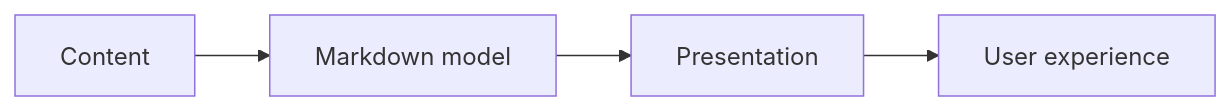
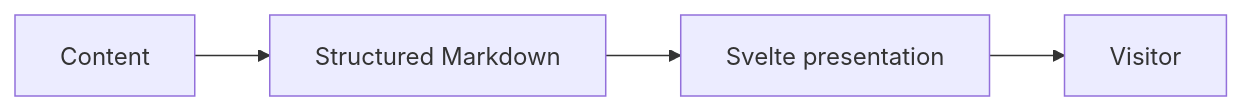
Before and after one commit to farismnrr/portofolio: the first of 3 diagrams in frontend/content/projects/portfolio-website.md, drawn with Mermaid. The commit also changed other lines of this file and 6 other files, not shown here.

````diff
--- a/frontend/content/projects/portfolio-website.md
+++ b/frontend/content/projects/portfolio-website.md
@@ -41,6 +48,6 @@
 ```mermaid
 flowchart LR
-    C[Content] --> M[Markdown model]
-    M --> P[Presentation]
-    P --> U[User experience]
+    C[Content] --> M[Structured Markdown]
+    M --> U[Svelte presentation]
+    U --> V[Visitor]
 ```
````
